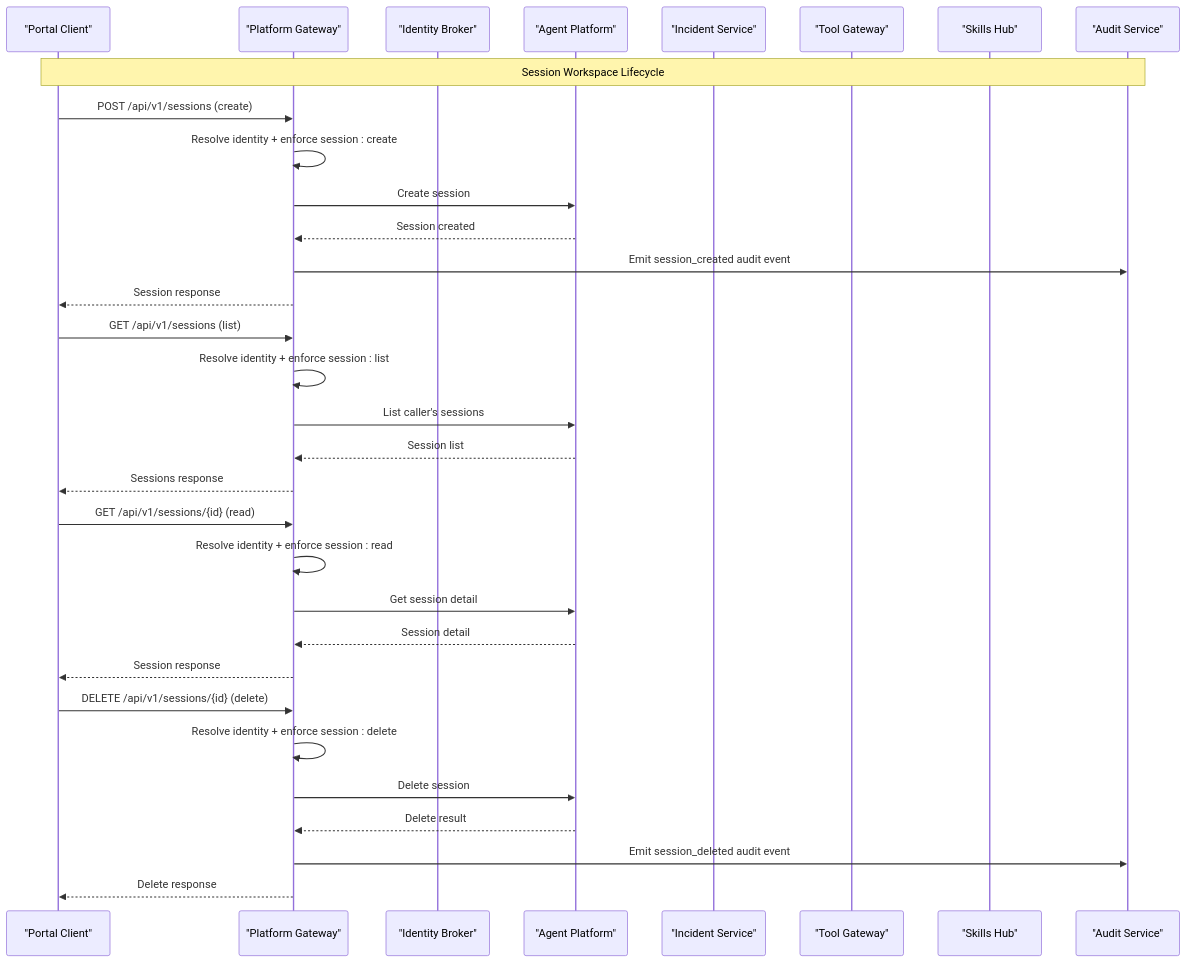
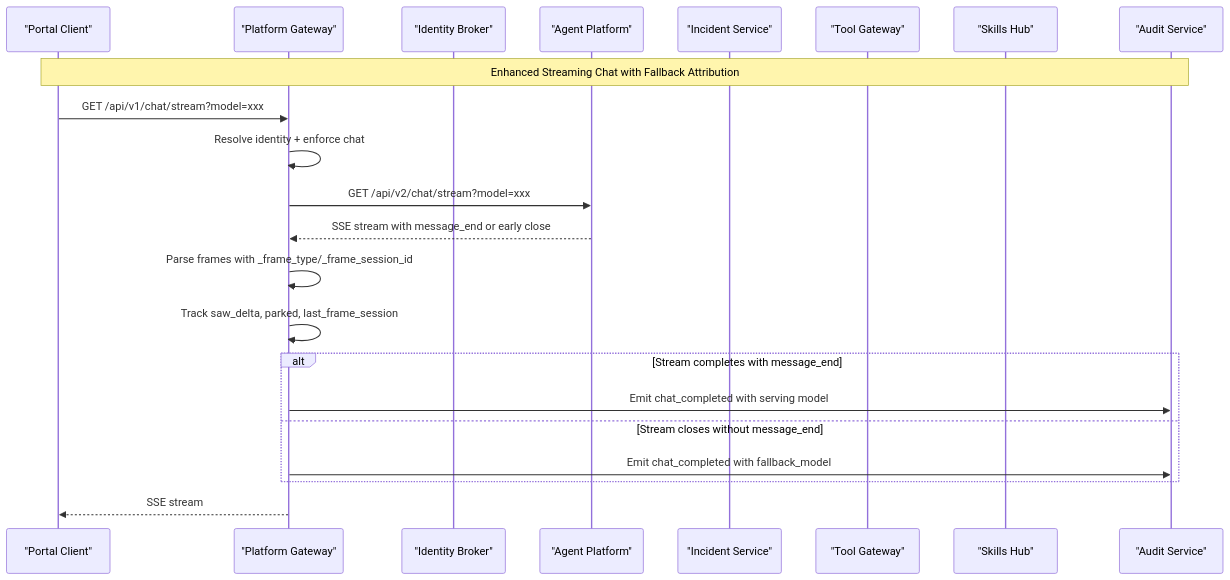
Before and after one commit to metasync/luban-aiops: the second of 15 diagrams in .qoder/repowiki/en/content/Architecture Documentation/Platform Gateway Service.md, drawn with Mermaid. The commit also changed other lines of this file and 24 other files, not shown here.

````diff
--- a/.qoder/repowiki/en/content/Architecture Documentation/Platform Gateway Service.md
+++ b/.qoder/repowiki/en/content/Architecture Documentation/Platform Gateway Service.md
@@ -228,34 +245,24 @@
 ```mermaid
 sequenceDiagram
 participant Portal as "Portal Client"
 participant GW as "Platform Gateway"
 participant ID as "Identity Broker"
 participant AG as "Agent Platform"
 participant IS as "Incident Service"
 participant TG as "Tool Gateway"
 participant SH as "Skills Hub"
 participant AUD as "Audit Service"
-Note over Portal,AUD : Session Workspace Lifecycle
-Portal->>GW : POST /api/v1/sessions (create)
-GW->>GW : Resolve identity + enforce session : create
-GW->>AG : Create session
-AG-->>GW : Session created
-GW->>AUD : Emit session_created audit event
-GW-->>Portal : Session response
-Portal->>GW : GET /api/v1/sessions (list)
-GW->>GW : Resolve identity + enforce session : list
-GW->>AG : List caller's sessions
-AG-->>GW : Session list
-GW-->>Portal : Sessions response
-Portal->>GW : GET /api/v1/sessions/{id} (read)
-GW->>GW : Resolve identity + enforce session : read
-GW->>AG : Get session detail
-AG-->>GW : Session detail
-GW-->>Portal : Session response
-Portal->>GW : DELETE /api/v1/sessions/{id} (delete)
-GW->>GW : Resolve identity + enforce session : delete
-GW->>AG : Delete session
-AG-->>GW : Delete result
-GW->>AUD : Emit session_deleted audit event
-GW-->>Portal : Delete response
+Note over Portal,AUD : Enhanced Streaming Chat with Fallback Attribution
+Portal->>GW : GET /api/v1/chat/stream?model=xxx
+GW->>GW : Resolve identity + enforce chat
+GW->>AG : GET /api/v2/chat/stream?model=xxx
+AG-->>GW : SSE stream with message_end or early close
+GW->>GW : Parse frames with _frame_type/_frame_session_id
+GW->>GW : Track saw_delta, parked, last_frame_session
+alt Stream completes with message_end
+GW->>AUD : Emit chat_completed with serving model
+else Stream closes without message_end
+GW->>AUD : Emit chat_completed with fallback_model
+end
+GW-->>Portal : SSE stream
 ```
````
